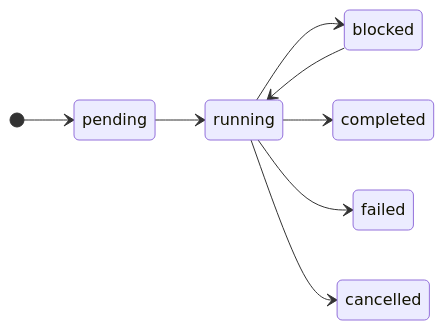
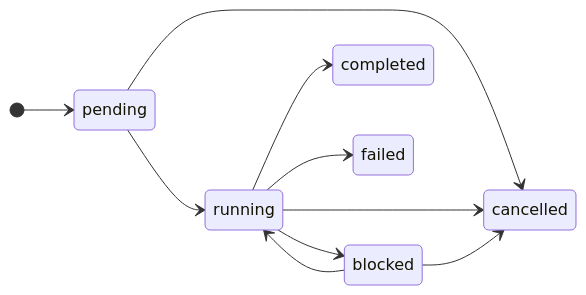
Before and after one commit to rebuno/rebuno: the second of 3 diagrams in docs/architecture.mdx, drawn with Mermaid. The commit also changed other lines of this file and 19 other files, not shown here.

````diff
--- a/docs/architecture.mdx
+++ b/docs/architecture.mdx
@@ -37,11 +37,13 @@
 ```mermaid
 stateDiagram-v2
     direction LR
     [*] --> pending
     pending --> running
+    pending --> cancelled
     running --> blocked
     blocked --> running
     running --> completed
     running --> failed
     running --> cancelled
+    blocked --> cancelled
 ```
````
